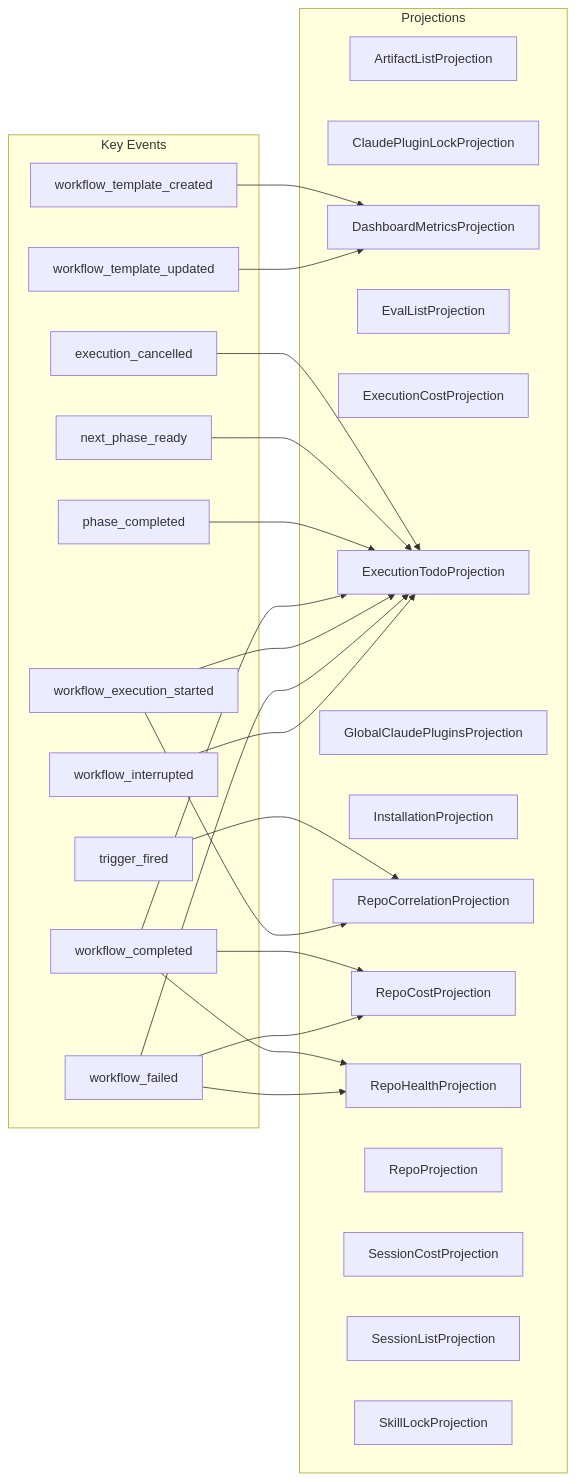
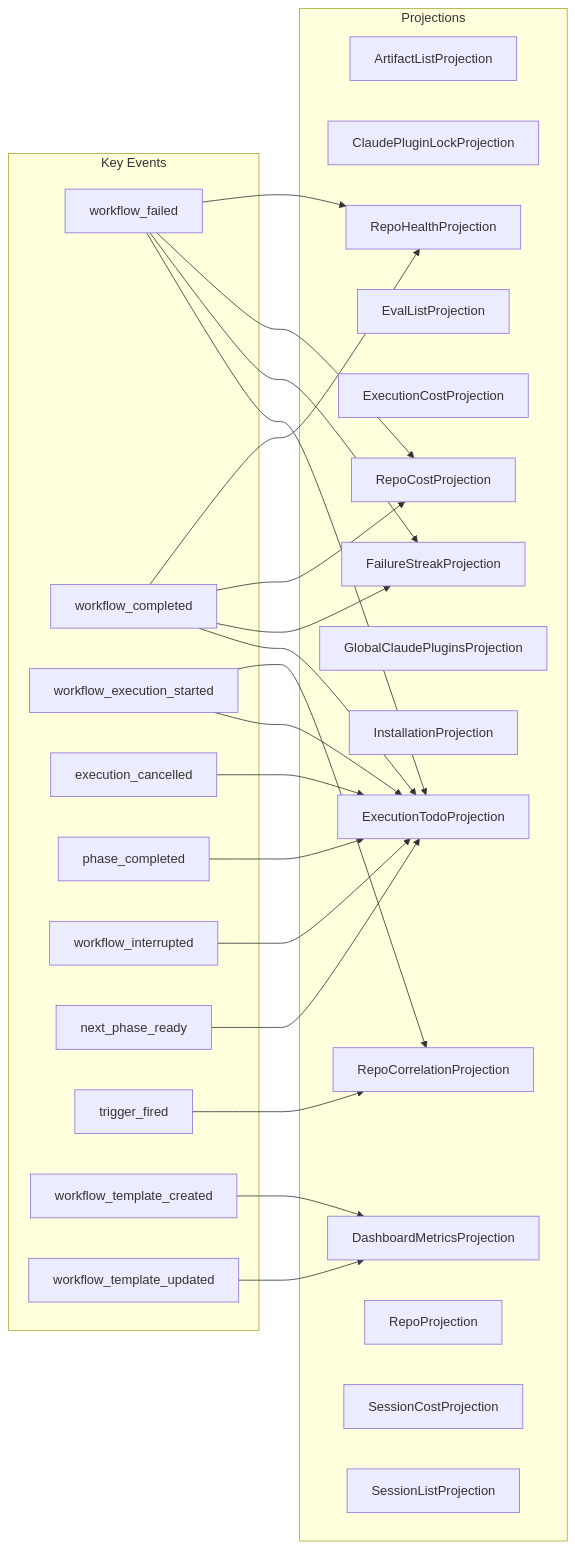
Before and after one commit to syntropic137/syntropic137: the diagram in docs/architecture/projection-subscriptions.md, drawn with Mermaid. The commit also changed other lines of this file and 1 other file, not shown here.

Commit message:
docs: regenerate architecture docs for the failure streak projection
Refs #1569

````diff
--- a/docs/architecture/projection-subscriptions.md
+++ b/docs/architecture/projection-subscriptions.md
@@ -15,49 +15,51 @@
 ```mermaid
 graph LR
     subgraph events["Key Events"]
-        e1[workflow_execution_started]
-        e2[workflow_failed]
-        e3[workflow_completed]
+        e1[workflow_failed]
+        e2[workflow_completed]
+        e3[workflow_execution_started]
         e4[execution_cancelled]
         e5[phase_completed]
         e6[workflow_interrupted]
         e7[next_phase_ready]
         e8[trigger_fired]
         e9[workflow_template_created]
         e10[workflow_template_updated]
     end
 
     subgraph projections["Projections"]
         p1[ArtifactListProjection]
         p2[ClaudePluginLockProjection]
         p3[DashboardMetricsProjection]
         p4[EvalListProjection]
         p5[ExecutionCostProjection]
         p6[ExecutionTodoProjection]
-        p7[GlobalClaudePluginsProjection]
-        p8[InstallationProjection]
-        p9[RepoCorrelationProjection]
-        p10[RepoCostProjection]
-        p11[RepoHealthProjection]
-        p12[RepoProjection]
-        p13[SessionCostProjection]
-        p14[SessionListProjection]
-        p15[SkillLockProjection]
+        p7[FailureStreakProjection]
+        p8[GlobalClaudePluginsProjection]
+        p9[InstallationProjection]
+        p10[RepoCorrelationProjection]
+        p11[RepoCostProjection]
+        p12[RepoHealthProjection]
+        p13[RepoProjection]
+        p14[SessionCostProjection]
+        p15[SessionListProjection]
     end
 
     e4 --> p6
     e7 --> p6
     e5 --> p6
-    e8 --> p9
+    e8 --> p10
+    e2 --> p6
+    e2 --> p7
+    e2 --> p11
+    e2 --> p12
     e3 --> p6
     e3 --> p10
-    e3 --> p11
     e1 --> p6
-    e1 --> p9
-    e2 --> p6
-    e2 --> p10
-    e2 --> p11
+    e1 --> p7
+    e1 --> p11
+    e1 --> p12
     e6 --> p6
     e9 --> p3
     e10 --> p3
 ```
````
